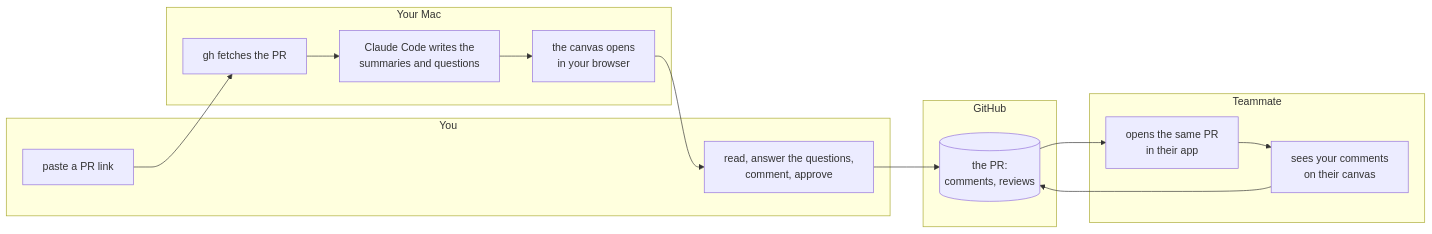
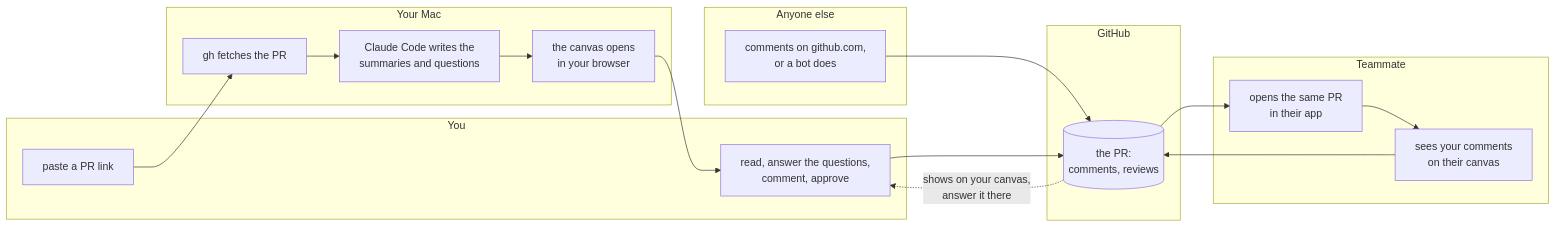
The diagram in README.md (kadetXx/canvasreview-releases), drawn with Mermaid before and after one commit. The commit also changed other lines of this file, not shown here.

Commit message:
readme: comments from anywhere on the PR show on the canvas, said twice

````diff
--- a/README.md
+++ b/README.md
@@ -70,23 +76,28 @@
 ```mermaid
 flowchart LR
     subgraph you [You]
         A[paste a PR link]
         R[read, answer the questions,\ncomment, approve]
     end
     subgraph mac [Your Mac]
         B[gh fetches the PR]
         C[Claude Code writes the\nsummaries and questions]
         D[the canvas opens\nin your browser]
     end
     subgraph gh [GitHub]
         P[(the PR:\ncomments, reviews)]
     end
     subgraph mate [Teammate]
         T[opens the same PR\nin their app]
         U[sees your comments\non their canvas]
     end
+    subgraph others [Anyone else]
+        W[comments on github.com,\nor a bot does]
+    end
     A --> B --> C --> D --> R
     R --> P
     P --> T --> U
     U --> P
+    W --> P
+    P -. shows on your canvas,\nanswer it there .-> R
 ```
````
